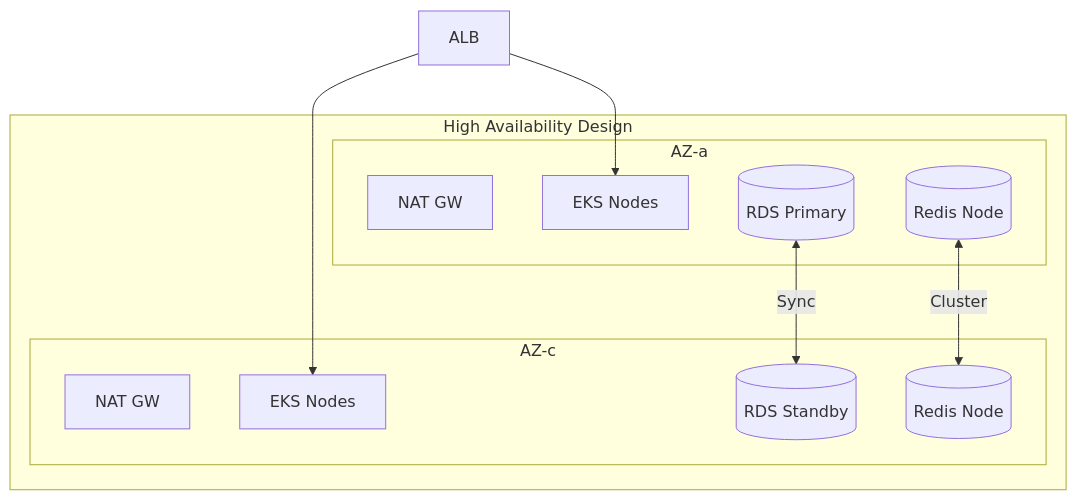
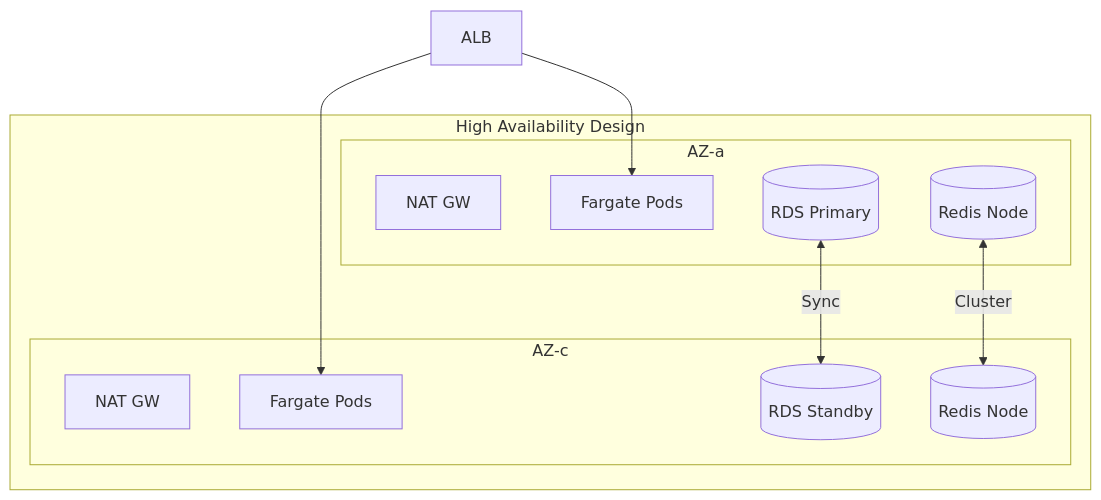
The ninth of 9 diagrams in docs/architecture.md (JSJ2337/AWS_EKS_terraform_code), drawn with Mermaid before and after one commit. The commit also changed other lines of this file and 2 other files, not shown here.

First line of the commit message:
docs: 문서 업데이트 - EC2 Node Group → Fargate 변경 반영

````diff
--- a/docs/architecture.md
+++ b/docs/architecture.md
@@ -344,23 +345,23 @@
 ```mermaid
 flowchart TB
     subgraph HA["High Availability Design"]
         subgraph AZa["AZ-a"]
             NAT1[NAT GW]
-            Node1[EKS Nodes]
+            Pod1[Fargate Pods]
             RDS1[(RDS Primary)]
             Redis1[(Redis Node)]
         end
 
         subgraph AZc["AZ-c"]
             NAT2[NAT GW]
-            Node2[EKS Nodes]
+            Pod2[Fargate Pods]
             RDS2[(RDS Standby)]
             Redis2[(Redis Node)]
         end
     end
 
-    ALB[ALB] --> Node1
-    ALB --> Node2
+    ALB[ALB] --> Pod1
+    ALB --> Pod2
     RDS1 <-->|Sync| RDS2
     Redis1 <-->|Cluster| Redis2
 ```
````
